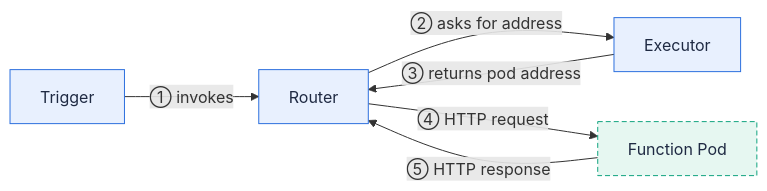
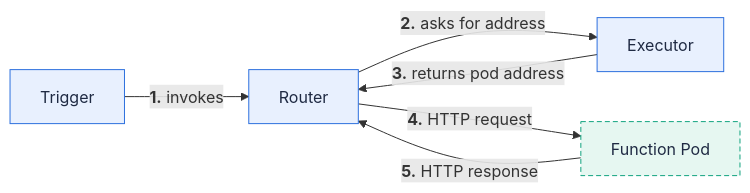
One commit to fission/fission.io changed the diagram in content/en/docs/concepts/functions.md. Above: the diagram before and after it, drawn with Mermaid. The commit also changed 23 other files, not shown here.

First line of the commit message:
Make diagrams readable inline: compact TB layouts, bold crimson step numbers

````diff
--- a/content/en/docs/concepts/functions.md
+++ b/content/en/docs/concepts/functions.md
@@ -42,11 +42,11 @@
 ```mermaid
 flowchart LR
-  trigger["Trigger"]:::fission -->|"① invokes"| router["Router"]:::fission
-  router -->|"② asks for address"| executor["Executor"]:::fission
-  executor -->|"③ returns pod address"| router
-  router -->|"④ HTTP request"| fnPod["Function Pod"]:::pod
-  fnPod -->|"⑤ HTTP response"| router
+  trigger["Trigger"]:::fission -->|"<b>1.</b> invokes"| router["Router"]:::fission
+  router -->|"<b>2.</b> asks for address"| executor["Executor"]:::fission
+  executor -->|"<b>3.</b> returns pod address"| router
+  router -->|"<b>4.</b> HTTP request"| fnPod["Function Pod"]:::pod
+  fnPod -->|"<b>5.</b> HTTP response"| router
 
   classDef fission fill:#e8f0fe,stroke:#2d70de,color:#1f2a43
   classDef pod fill:#e6f7f1,stroke:#11a37f,color:#1f2a43,stroke-dasharray:5 3
 ```
````
